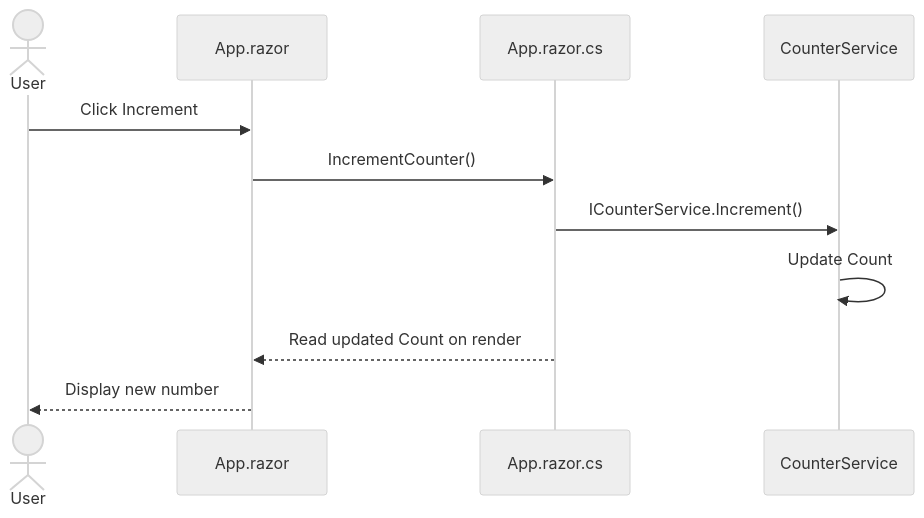
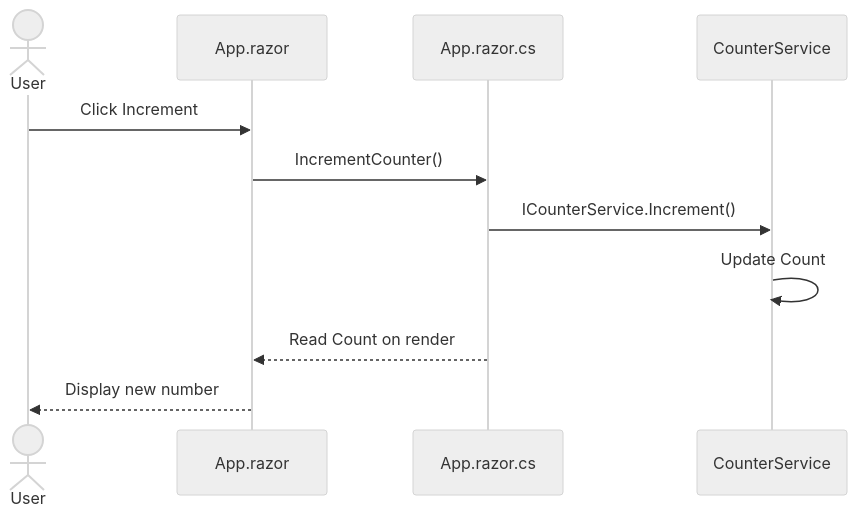
One commit to wgabel/orbit2 changed the second of 3 diagrams in README.md. Above: the diagram before and after it, drawn with Mermaid (neutral theme). The commit also changed other lines of this file and 26 other files, not shown here.

````diff
--- a/README.md
+++ b/README.md
@@ -84,13 +54,13 @@
 ```mermaid
 sequenceDiagram
     actor User
     participant V as App.razor
     participant P as App.razor.cs
     participant S as CounterService
     User->>V: Click Increment
     V->>P: IncrementCounter()
     P->>S: ICounterService.Increment()
     S->>S: Update Count
-    P-->>V: Read updated Count on render
+    P-->>V: Read Count on render
     V-->>User: Display new number
 ```
````
